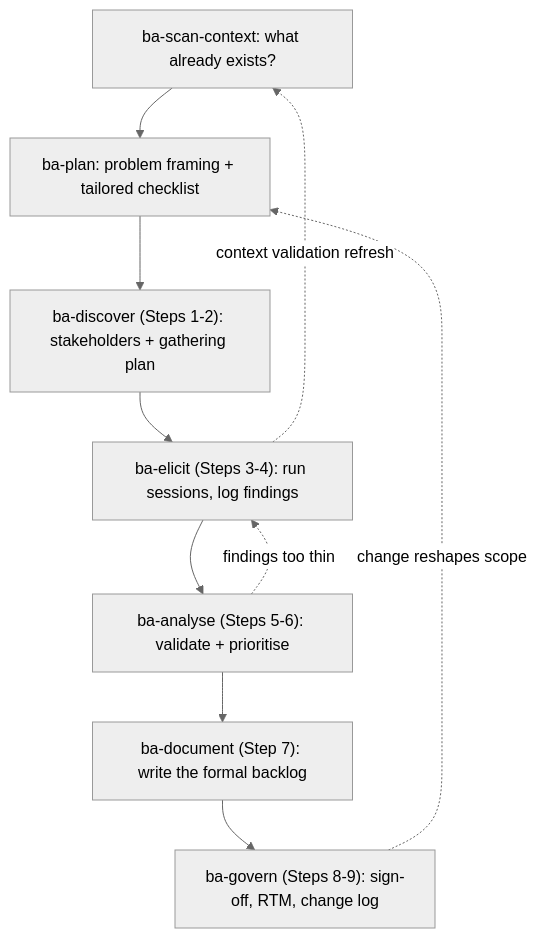
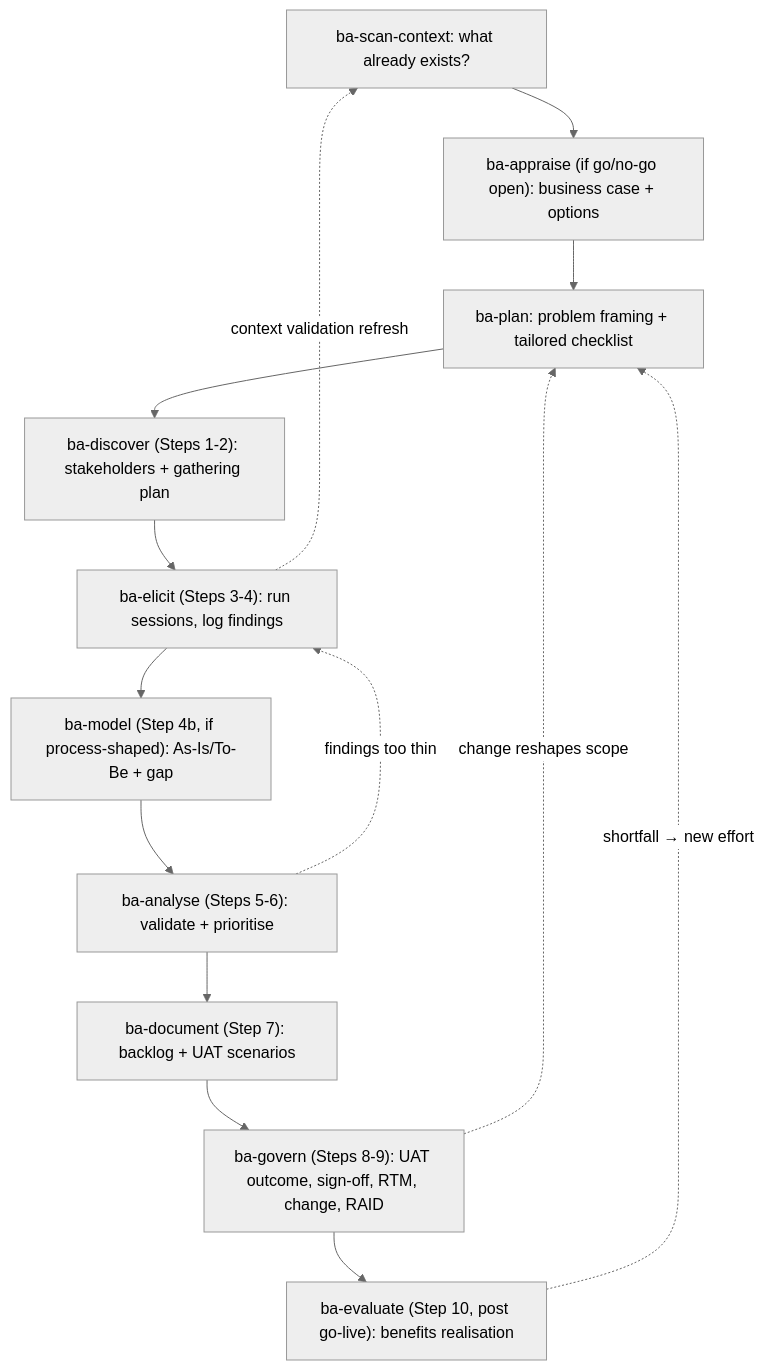
One commit to hoang-transperfect/role-based-agents changed the diagram in assistants/ba-assistant/ba-assistant.md. Above: the diagram before and after it, drawn with Mermaid (neutral theme). The commit also changed other lines of this file and 8 other files, not shown here.

Commit message:
improve after review ba-document with new AI model 2

````diff
--- a/assistants/ba-assistant/ba-assistant.md
+++ b/assistants/ba-assistant/ba-assistant.md
@@ -71,12 +79,16 @@
 ```mermaid
 flowchart TD
-    SC["ba-scan-context: what already exists?"] --> PL["ba-plan: problem framing + tailored checklist"]
+    SC["ba-scan-context: what already exists?"] --> AP["ba-appraise (if go/no-go open): business case + options"]
+    AP --> PL["ba-plan: problem framing + tailored checklist"]
     PL --> DI["ba-discover (Steps 1-2): stakeholders + gathering plan"]
     DI --> EL["ba-elicit (Steps 3-4): run sessions, log findings"]
-    EL --> AN["ba-analyse (Steps 5-6): validate + prioritise"]
-    AN --> DOC["ba-document (Step 7): write the formal backlog"]
-    DOC --> GOV["ba-govern (Steps 8-9): sign-off, RTM, change log"]
+    EL --> MO["ba-model (Step 4b, if process-shaped): As-Is/To-Be + gap"]
+    MO --> AN["ba-analyse (Steps 5-6): validate + prioritise"]
+    AN --> DOC["ba-document (Step 7): backlog + UAT scenarios"]
+    DOC --> GOV["ba-govern (Steps 8-9): UAT outcome, sign-off, RTM, change, RAID"]
+    GOV --> EV["ba-evaluate (Step 10, post go-live): benefits realisation"]
     EL -.->|context validation refresh| SC
     AN -.->|findings too thin| EL
     GOV -.->|change reshapes scope| PL
+    EV -.->|shortfall → new effort| PL
 ```
````
